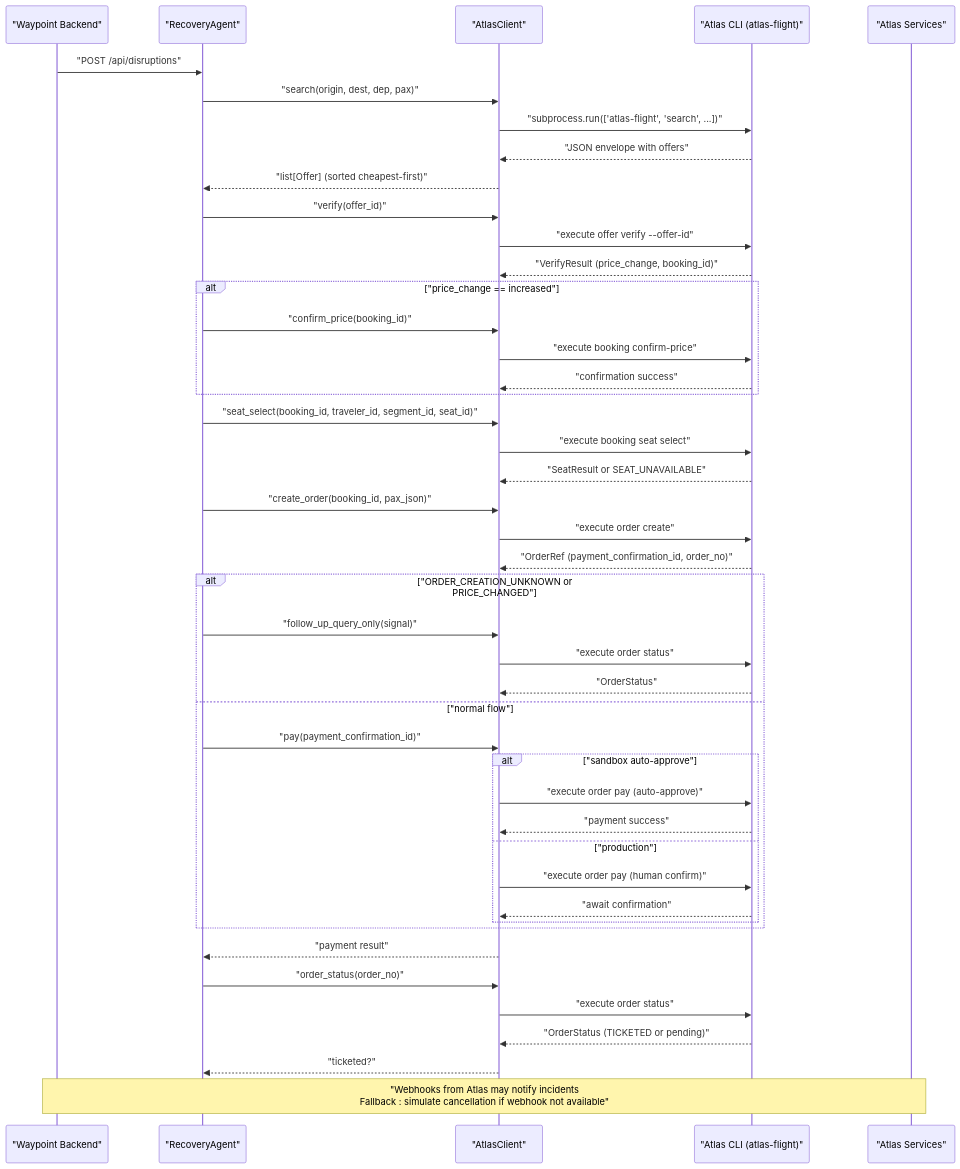
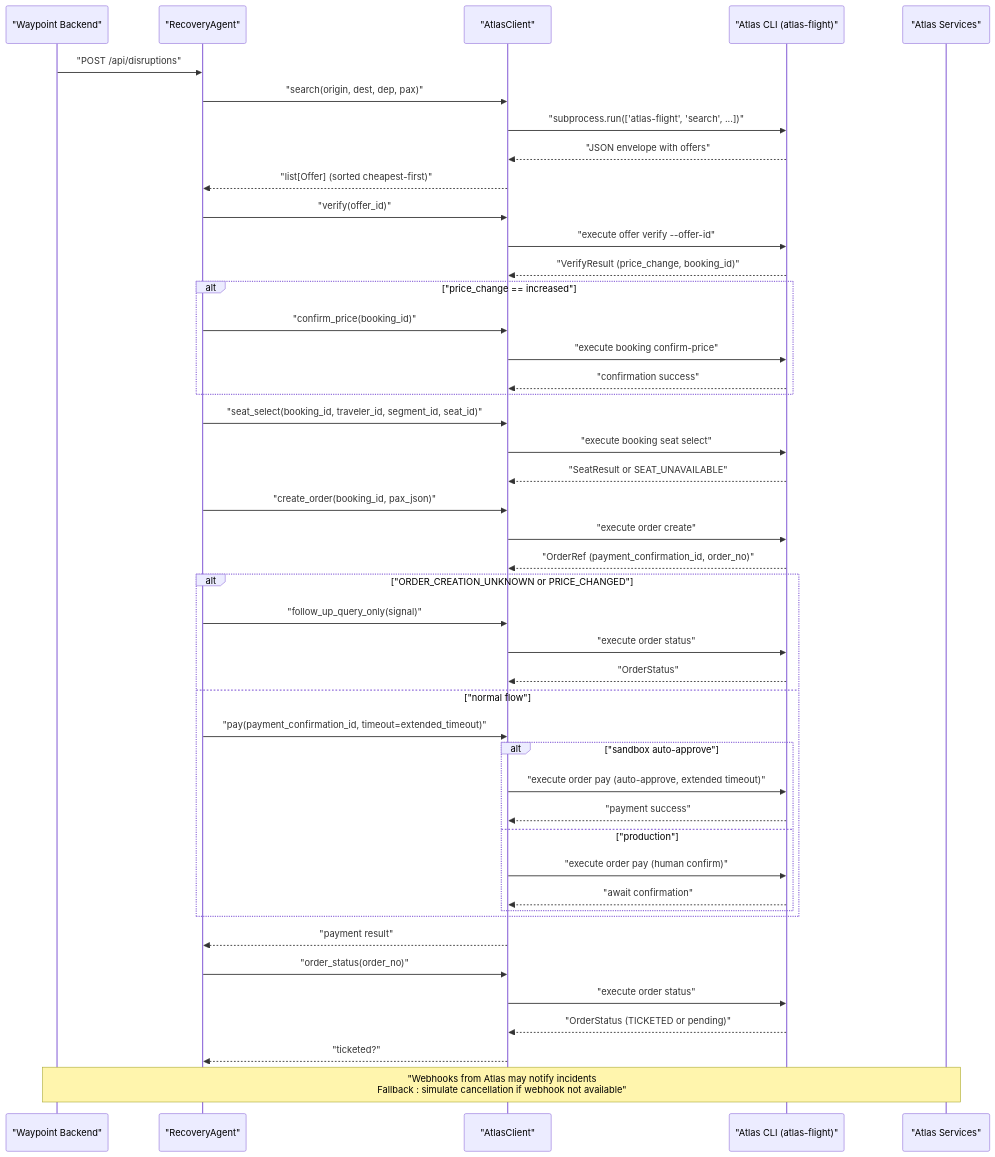
One commit to jaydonnnk/waypoint changed the second of 4 diagrams in .qoder/repowiki/en/content/Atlas Integration/Atlas Integration.md. Above: the diagram before and after it, drawn with Mermaid. The commit also changed other lines of this file and 14 other files, not shown here.

````diff
--- a/.qoder/repowiki/en/content/Atlas Integration/Atlas Integration.md
+++ b/.qoder/repowiki/en/content/Atlas Integration/Atlas Integration.md
@@ -132,47 +135,47 @@
 ```mermaid
 sequenceDiagram
 participant WP as "Waypoint Backend"
 participant RA as "RecoveryAgent"
 participant AC as "AtlasClient"
 participant CLI as "Atlas CLI (atlas-flight)"
 participant ATLAS as "Atlas Services"
 WP->>RA : "POST /api/disruptions"
 RA->>AC : "search(origin, dest, dep, pax)"
 AC->>CLI : "subprocess.run(['atlas-flight', 'search', ...])"
 CLI-->>AC : "JSON envelope with offers"
 AC-->>RA : "list[Offer] (sorted cheapest-first)"
 RA->>AC : "verify(offer_id)"
 AC->>CLI : "execute offer verify --offer-id"
 CLI-->>AC : "VerifyResult (price_change, booking_id)"
 alt "price_change == increased"
 RA->>AC : "confirm_price(booking_id)"
 AC->>CLI : "execute booking confirm-price"
 CLI-->>AC : "confirmation success"
 end
 RA->>AC : "seat_select(booking_id, traveler_id, segment_id, seat_id)"
 AC->>CLI : "execute booking seat select"
 CLI-->>AC : "SeatResult or SEAT_UNAVAILABLE"
 RA->>AC : "create_order(booking_id, pax_json)"
 AC->>CLI : "execute order create"
 CLI-->>AC : "OrderRef (payment_confirmation_id, order_no)"
 alt "ORDER_CREATION_UNKNOWN or PRICE_CHANGED"
 RA->>AC : "follow_up_query_only(signal)"
 AC->>CLI : "execute order status"
 CLI-->>AC : "OrderStatus"
 else "normal flow"
-RA->>AC : "pay(payment_confirmation_id)"
+RA->>AC : "pay(payment_confirmation_id, timeout=extended_timeout)"
 alt "sandbox auto-approve"
-AC->>CLI : "execute order pay (auto-approve)"
+AC->>CLI : "execute order pay (auto-approve, extended timeout)"
 CLI-->>AC : "payment success"
 else "production"
 AC->>CLI : "execute order pay (human confirm)"
 CLI-->>AC : "await confirmation"
 end
 end
 AC-->>RA : "payment result"
 RA->>AC : "order_status(order_no)"
 AC->>CLI : "execute order status"
 CLI-->>AC : "OrderStatus (TICKETED or pending)"
 AC-->>RA : "ticketed?"
 Note over WP,ATLAS : "Webhooks from Atlas may notify incidents<br/>Fallback : simulate cancellation if webhook not available"
 ```
````
